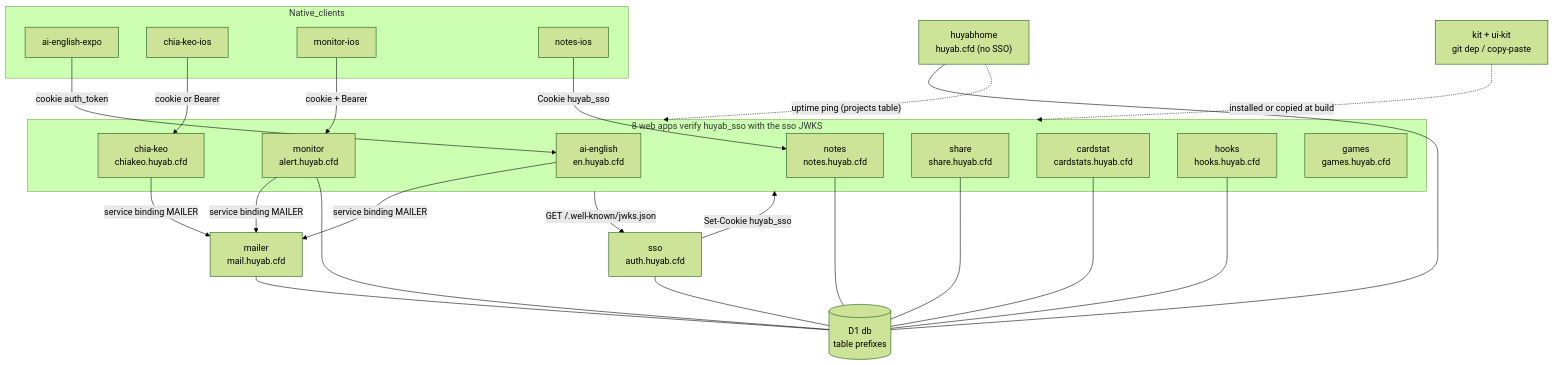
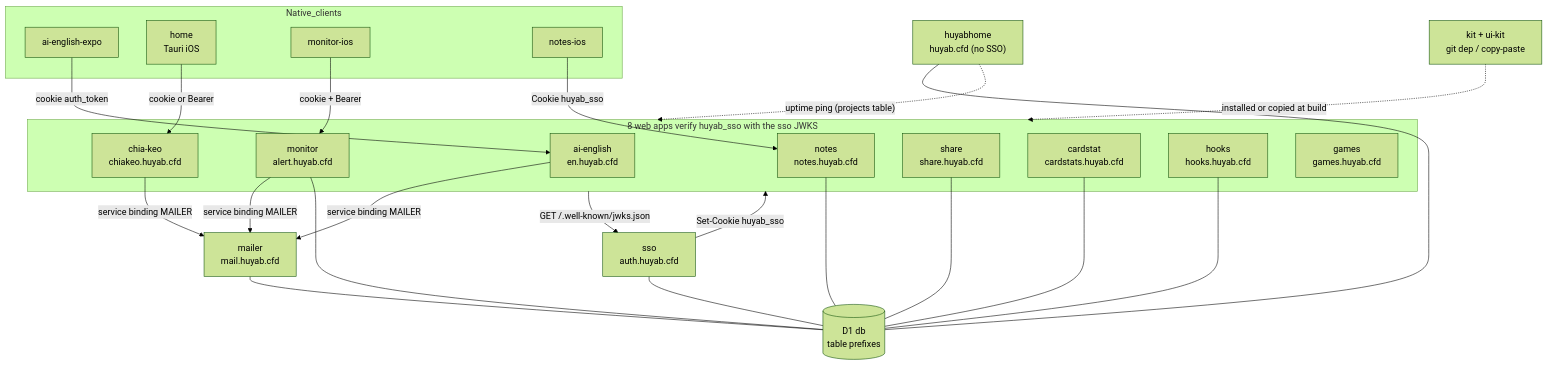
The first of 2 diagrams in docs/ECOSYSTEM-MAP.md (nguyenhuy158/kit), drawn with Mermaid (forest theme) before and after one commit. The commit also changed other lines of this file and 1 other file, not shown here.

Commit message:
docs: chia-keo-ios is archived, Home (Tauri) is the iOS client (#89)

````diff
--- a/docs/ECOSYSTEM-MAP.md
+++ b/docs/ECOSYSTEM-MAP.md
@@ -13,42 +13,42 @@
 ```mermaid
 graph TD
   subgraph Native_clients
     EXPO["ai-english-expo"]
-    CKI["chia-keo-ios"]
+    CKI["home<br/>Tauri iOS"]
     MI["monitor-ios"]
     NI["notes-ios"]
   end
 
   subgraph SSO_verified_apps["8 web apps verify huyab_sso with the sso JWKS"]
     AIE["ai-english<br/>en.huyab.cfd"]
     CK["chia-keo<br/>chiakeo.huyab.cfd"]
     MON["monitor<br/>alert.huyab.cfd"]
     NOTES["notes<br/>notes.huyab.cfd"]
     SHARE["share<br/>share.huyab.cfd"]
     CARD["cardstat<br/>cardstats.huyab.cfd"]
     HOOKS["hooks<br/>hooks.huyab.cfd"]
     GAMES["games<br/>games.huyab.cfd"]
   end
 
   HOME["huyabhome<br/>huyab.cfd (no SSO)"]
   SSO["sso<br/>auth.huyab.cfd"]
   MAILER["mailer<br/>mail.huyab.cfd"]
   D1[("D1 db<br/>table prefixes")]
   CODE["kit + ui-kit<br/>git dep / copy-paste"]
 
   EXPO -- "cookie auth_token" --> AIE
   CKI -- "cookie or Bearer" --> CK
   MI -- "cookie + Bearer" --> MON
   NI -- "Cookie huyab_sso" --> NOTES
 
   SSO -- "Set-Cookie huyab_sso" --> SSO_verified_apps
   SSO_verified_apps -- "GET /.well-known/jwks.json" --> SSO
 
   AIE -- "service binding MAILER" --> MAILER
   CK -- "service binding MAILER" --> MAILER
   MON -- "service binding MAILER" --> MAILER
 
   HOME -. "uptime ping (projects table)" .-> SSO_verified_apps
   SSO & MAILER & MON & HOOKS & NOTES & SHARE & CARD & HOME --- D1
   CODE -. "installed or copied at build" .-> SSO_verified_apps
 ```
````
